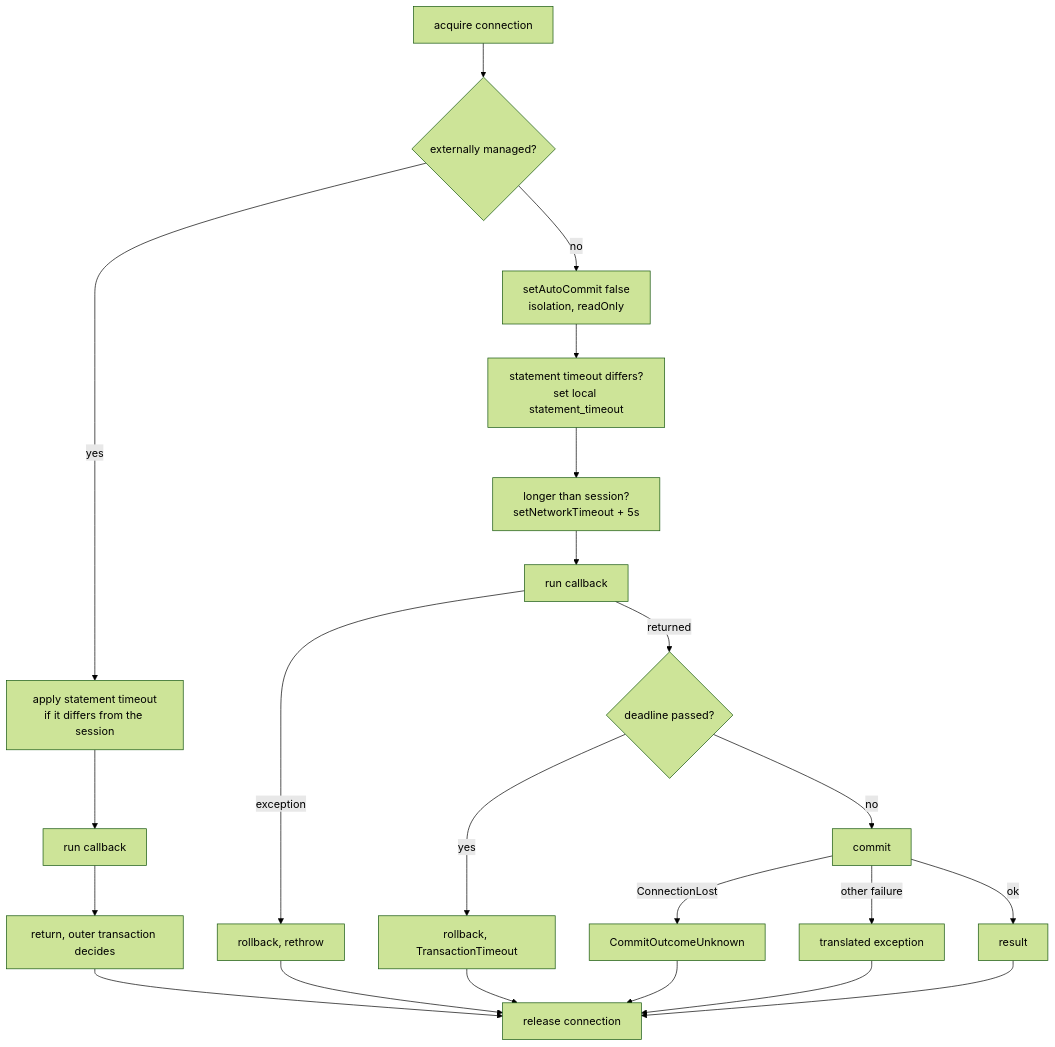
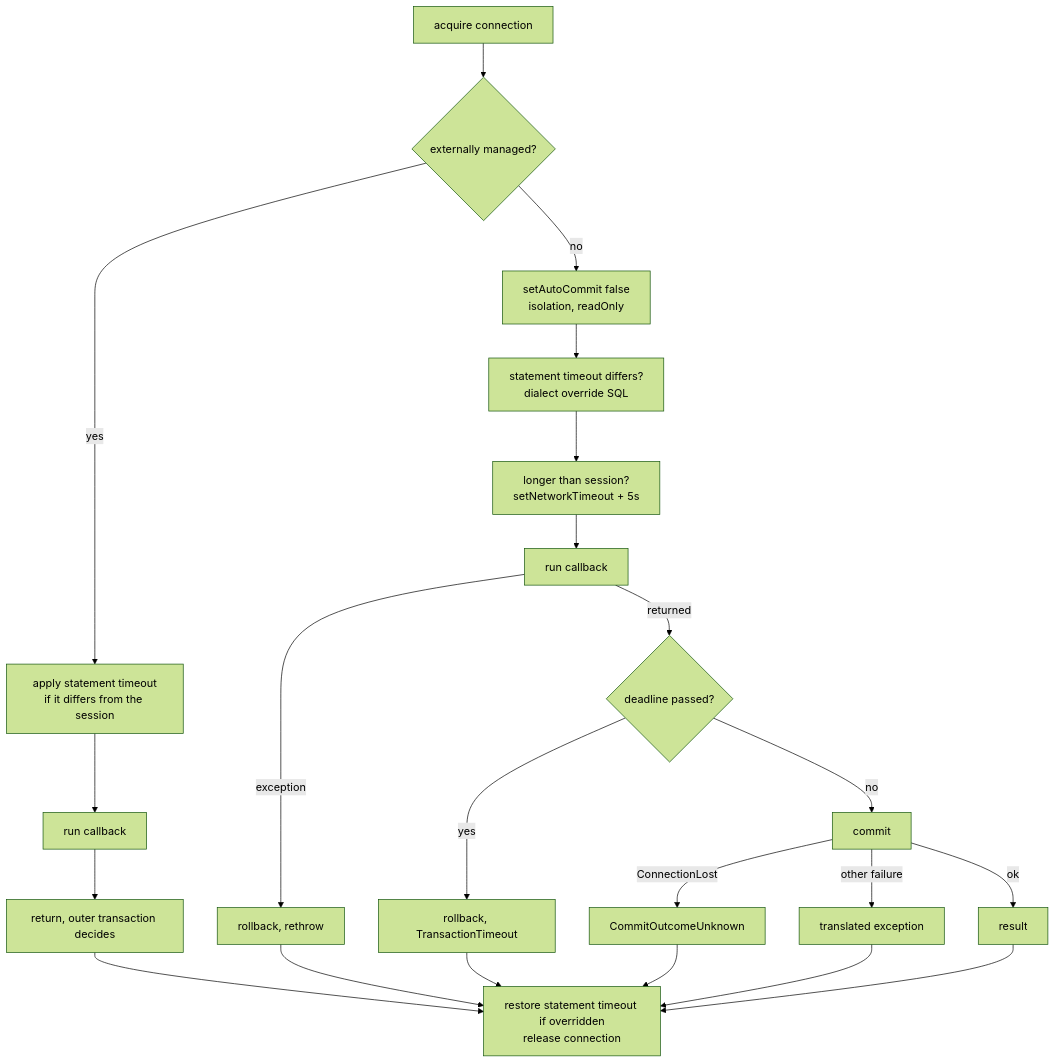
Before and after one commit to varnit-ta/plugkit-util: the fourth of 6 diagrams in plugkit-db/docs/adr/0004-running-sql.md, drawn with Mermaid (forest theme). The commit also changed other lines of this file and 29 other files, not shown here.

````diff
--- a/plugkit-db/docs/adr/0004-running-sql.md
+++ b/plugkit-db/docs/adr/0004-running-sql.md
@@ -241,24 +242,24 @@
 ```mermaid
 flowchart TD
     A[acquire connection] --> J{externally managed?}
     J -->|yes| JS[apply statement timeout<br/>if it differs from the session]
     JS --> JC[run callback]
     JC --> JR[return, outer transaction decides]
     J -->|no| B[setAutoCommit false<br/>isolation, readOnly]
-    B --> T[statement timeout differs?<br/>set local statement_timeout]
+    B --> T[statement timeout differs?<br/>dialect override SQL]
     T --> N[longer than session?<br/>setNetworkTimeout + 5s]
     N --> C[run callback]
     C -->|exception| RB[rollback, rethrow]
     C -->|returned| D{deadline passed?}
     D -->|yes| TT[rollback, TransactionTimeout]
     D -->|no| CM[commit]
     CM -->|ConnectionLost| CU[CommitOutcomeUnknown]
     CM -->|other failure| TR[translated exception]
     CM -->|ok| OK[result]
-    JR --> REL[release connection]
+    JR --> REL[restore statement timeout if overridden<br/>release connection]
     RB --> REL
     TT --> REL
     CU --> REL
     TR --> REL
     OK --> REL
 ```
````
